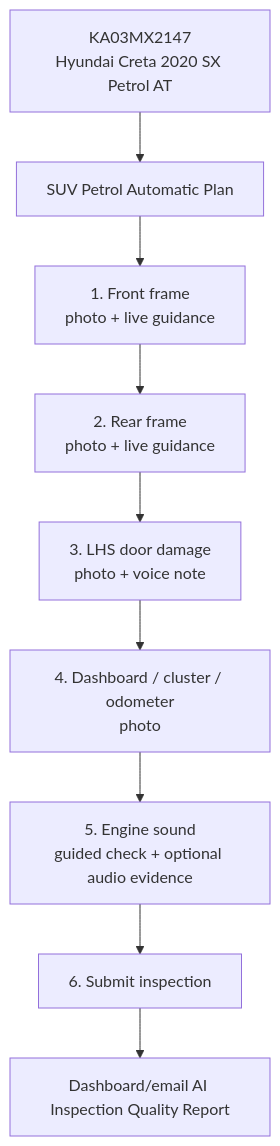
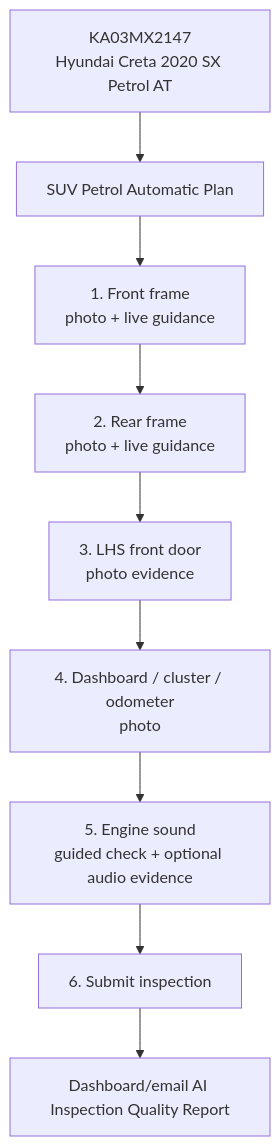
Before and after one commit to adityabhattad2021/Inspection-Copilot: diagram 11 of 20 in ARCHITECTURE.md, drawn with Mermaid. The commit also changed other lines of this file and 25 other files, not shown here.

````diff
--- a/ARCHITECTURE.md
+++ b/ARCHITECTURE.md
@@ -420,11 +420,11 @@
 ```mermaid
 flowchart TD
   Vehicle["KA03MX2147<br/>Hyundai Creta 2020 SX Petrol AT"] --> Plan["SUV Petrol Automatic Plan"]
   Plan --> F["1. Front frame<br/>photo + live guidance"]
   F --> R["2. Rear frame<br/>photo + live guidance"]
-  R --> LHS["3. LHS door damage<br/>photo + voice note"]
+  R --> LHS["3. LHS front door<br/>photo evidence"]
   LHS --> Dash["4. Dashboard / cluster / odometer<br/>photo"]
   Dash --> Engine["5. Engine sound<br/>guided check + optional audio evidence"]
   Engine --> Submit["6. Submit inspection"]
   Submit --> Final["Dashboard/email AI Inspection Quality Report"]
 ```
````
